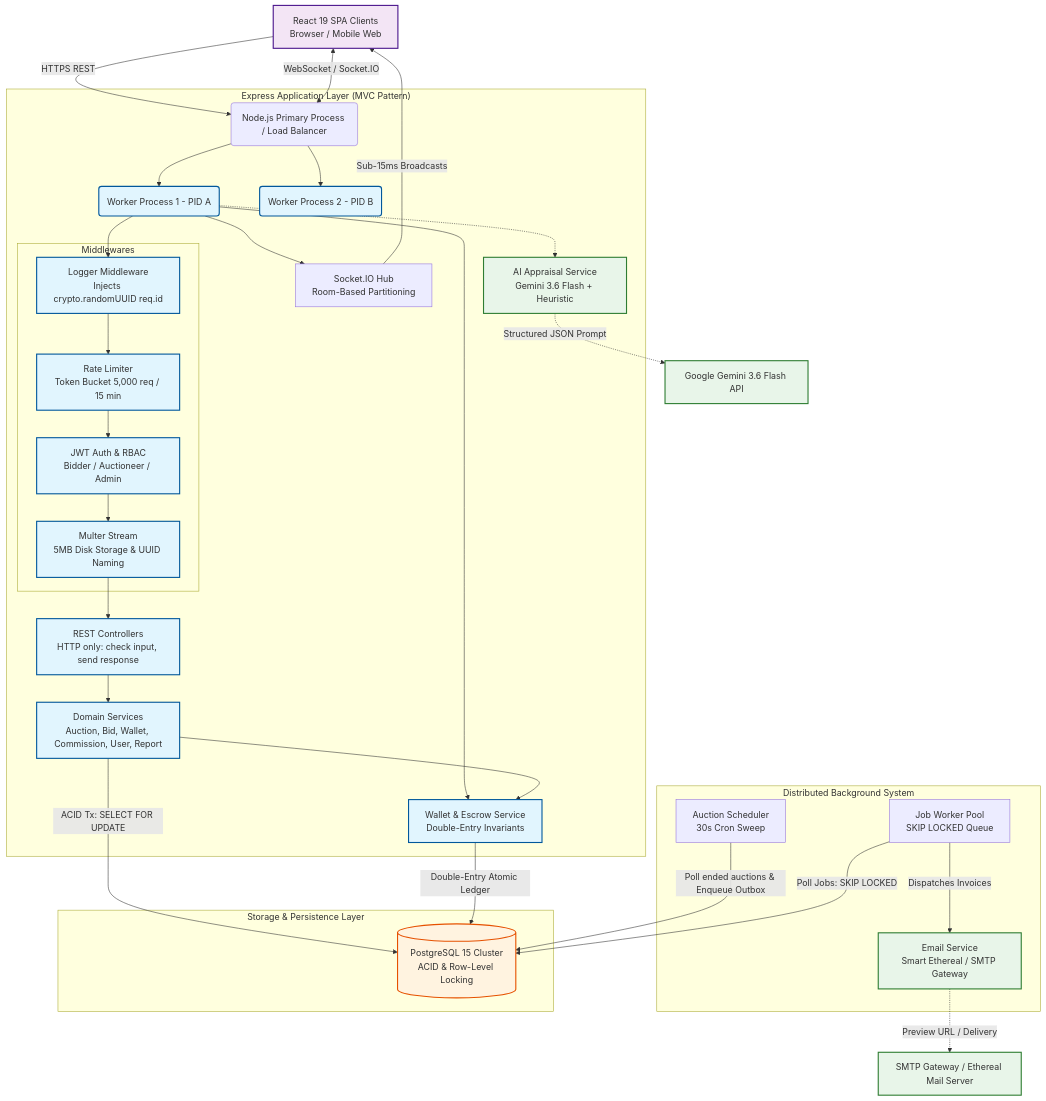
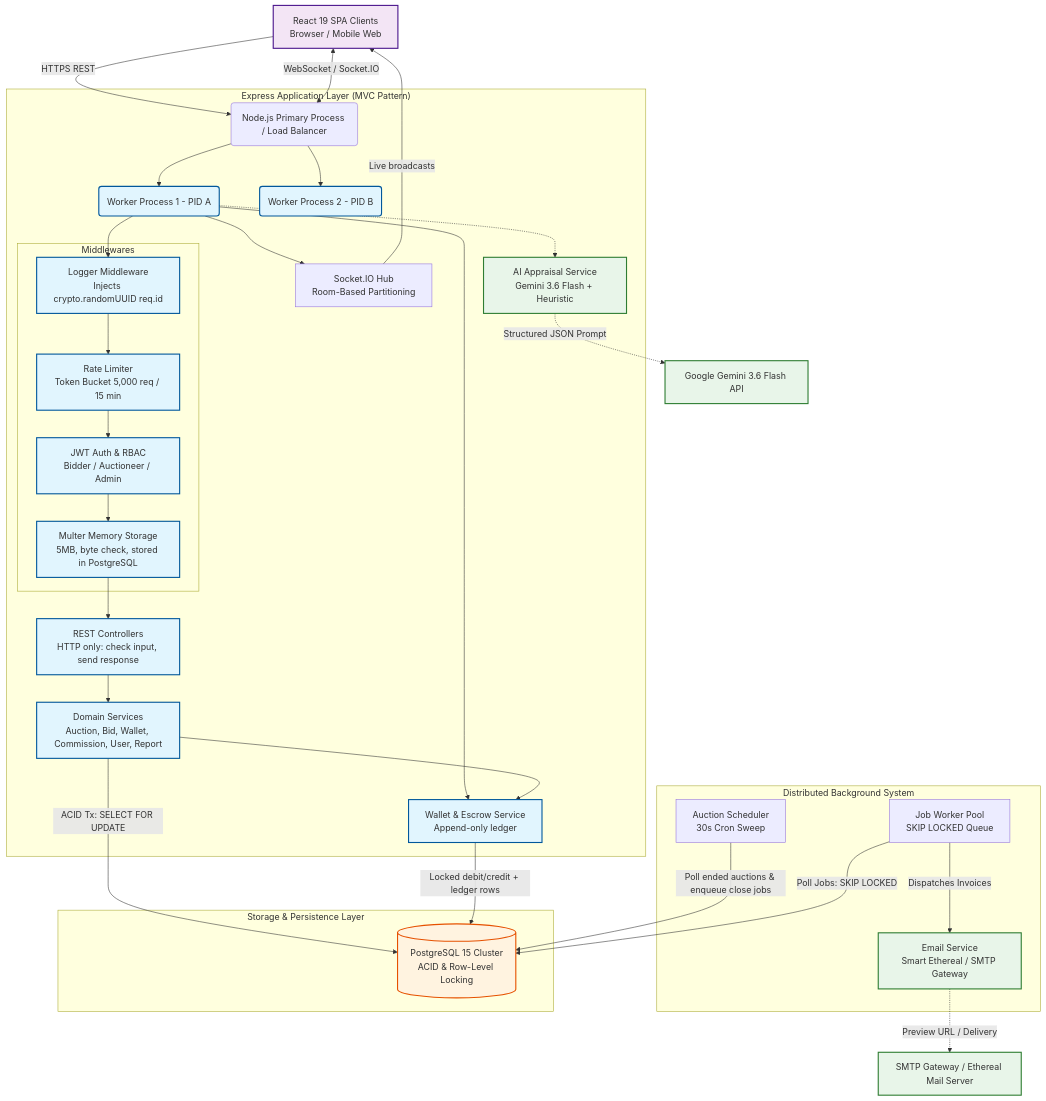
The first of 6 diagrams in bidding_system_hld.md (23abhishek2024/auctionloom), drawn with Mermaid before and after one commit. The commit also changed other lines of this file and 2 other files, not shown here.

First line of the commit message:
docs: README, HLD and render.yaml match what the code and the live deploy do

````diff
--- a/bidding_system_hld.md
+++ b/bidding_system_hld.md
@@ -45,67 +45,67 @@
 ```mermaid
 graph TD
     %% Clients
     Clients[React 19 SPA Clients\nBrowser / Mobile Web] -->|HTTPS REST| LB(Node.js Primary Process / Load Balancer)
     Clients <-->|WebSocket / Socket.IO| LB
 
     %% Node.js Application Layer (Clusterized)
     subgraph AppLayer["Express Application Layer (MVC Pattern)"]
         LB --> Worker1(Worker Process 1 - PID A)
         LB --> Worker2(Worker Process 2 - PID B)
         
         subgraph Middlewares
             Logger[Logger Middleware\nInjects crypto.randomUUID req.id]
             RateLimiter[Rate Limiter\nToken Bucket 5,000 req / 15 min]
             Auth[JWT Auth & RBAC\nBidder / Auctioneer / Admin]
-            Multer[Multer Stream\n5MB Disk Storage & UUID Naming]
+            Multer[Multer Memory Storage\n5MB, byte check, stored in PostgreSQL]
         end
         
         Worker1 --> Logger
         Logger --> RateLimiter
         RateLimiter --> Auth
         Auth --> Multer
         
         Multer --> Controllers[REST Controllers\nHTTP only: check input, send response]
         Controllers --> Services[Domain Services\nAuction, Bid, Wallet, Commission, User, Report]
         Worker1 --> Socket[Socket.IO Hub\nRoom-Based Partitioning]
-        Worker1 --> WalletService[Wallet & Escrow Service\nDouble-Entry Invariants]
+        Worker1 --> WalletService[Wallet & Escrow Service\nAppend-only ledger]
         Worker1 -.-> AIService[AI Appraisal Service\nGemini 3.6 Flash + Heuristic]
     end
 
     %% Distributed Background Workers & Schedulers
     subgraph Background["Distributed Background System"]
         Scheduler[Auction Scheduler\n30s Cron Sweep]
         JobWorkers[Job Worker Pool\nSKIP LOCKED Queue]
         EmailService[Email Service\nSmart Ethereal / SMTP Gateway]
     end
 
     %% Data Layer
     subgraph Storage["Storage & Persistence Layer"]
         DB[(PostgreSQL 15 Cluster\nACID & Row-Level Locking)]
     end
 
     %% External APIs
     Gemini[Google Gemini 3.6 Flash API]
     SMTP[SMTP Gateway / Ethereal Mail Server]
 
     %% Connections
     Services -->|ACID Tx: SELECT FOR UPDATE| DB
     Services --> WalletService
-    WalletService -->|Double-Entry Atomic Ledger| DB
-    Socket -->|Sub-15ms Broadcasts| Clients
+    WalletService -->|Locked debit/credit + ledger rows| DB
+    Socket -->|Live broadcasts| Clients
     AIService -.->|Structured JSON Prompt| Gemini
-    Scheduler -->|Poll ended auctions & Enqueue Outbox| DB
+    Scheduler -->|Poll ended auctions & enqueue close jobs| DB
     JobWorkers -->|Poll Jobs: SKIP LOCKED| DB
     JobWorkers -->|Dispatches Invoices| EmailService
     EmailService -.->|Preview URL / Delivery| SMTP
     
     classDef primary fill:#e1f5fe,stroke:#01579b,stroke-width:2px;
     classDef secondary fill:#f3e5f5,stroke:#4a148c,stroke-width:2px;
     classDef database fill:#fff3e0,stroke:#e65100,stroke-width:2px;
     classDef ai fill:#e8f5e9,stroke:#2e7d32,stroke-width:2px;
     
     class Worker1,Worker2,Controllers,Services,Logger,RateLimiter,Auth,Multer,WalletService primary;
     class DB database;
     class Clients secondary;
     class AIService,Gemini,EmailService,SMTP ai;
 ```
````
